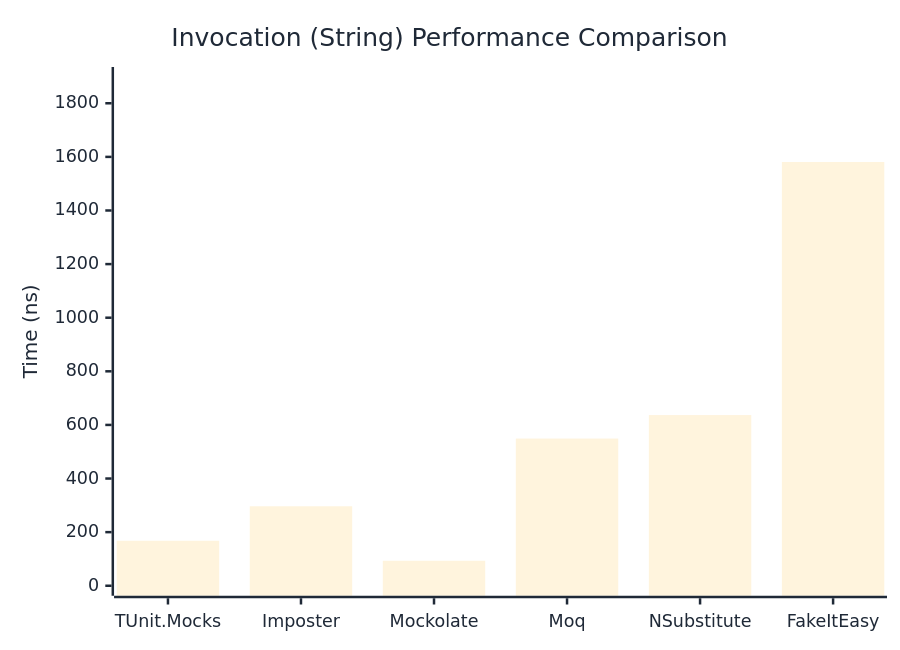
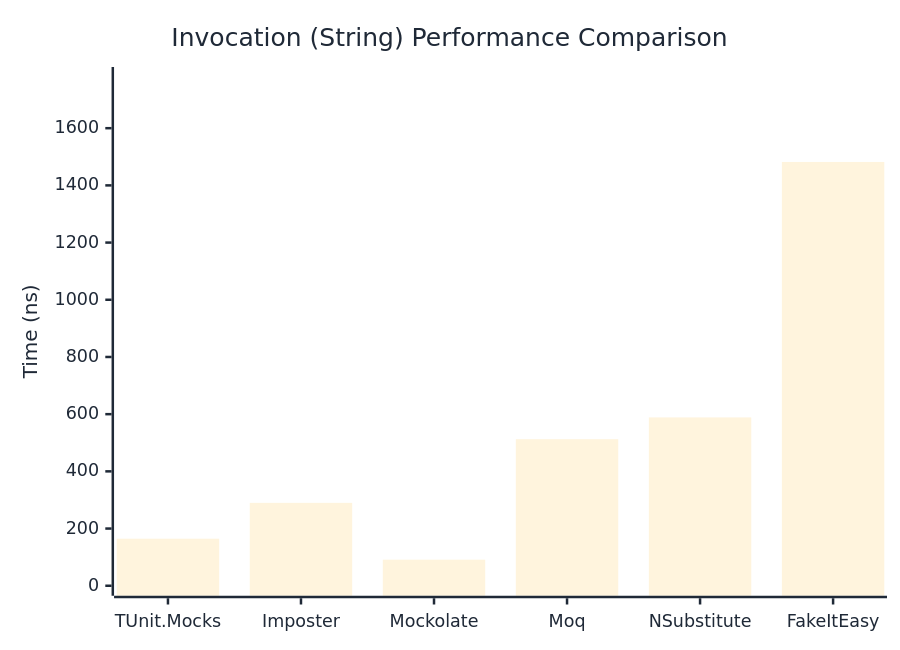
The second of 3 diagrams in docs/docs/benchmarks/mocks/Invocation.md (thomhurst/TUnit), drawn with Mermaid before and after one commit. The commit also changed other lines of this file and 14 other files, not shown here.

````diff
--- a/docs/docs/benchmarks/mocks/Invocation.md
+++ b/docs/docs/benchmarks/mocks/Invocation.md
@@ -71,27 +71,27 @@
 ```mermaid
 %%{init: {
   'theme':'base',
   'themeVariables': {
     'primaryColor': '#2563eb',
     'primaryTextColor': '#1f2937',
     'primaryBorderColor': '#1e40af',
     'lineColor': '#6b7280',
     'secondaryColor': '#7c3aed',
     'tertiaryColor': '#dc2626',
     'background': '#ffffff',
     'pie1': '#2563eb',
     'pie2': '#7c3aed',
     'pie3': '#dc2626',
     'pie4': '#f59e0b',
     'pie5': '#10b981',
     'pie6': '#06b6d4',
     'pie7': '#ec4899',
     'pie8': '#6366f1'
   }
 }}%%
 xychart-beta
   title "Invocation (String) Performance Comparison"
   x-axis ["TUnit.Mocks", "Imposter", "Mockolate", "Moq", "NSubstitute", "FakeItEasy"]
-  y-axis "Time (ns)" 0 --> 1898
-  bar [167.79, 296.53, 93.26, 549.13, 636.74, 1580.87]
+  y-axis "Time (ns)" 0 --> 1779
+  bar [164.49, 289.85, 91.17, 512.51, 588.63, 1481.92]
 ```
````
